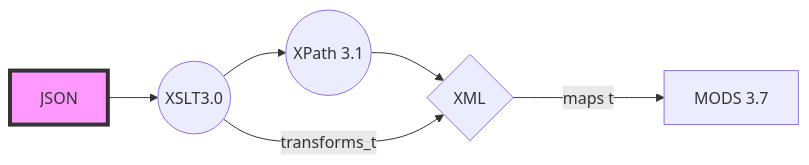
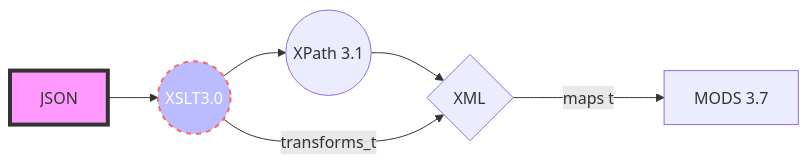
Before and after one commit to CarlosMartinez-USDA/json-to-xml: the second of 4 diagrams in ReadMe.md, drawn with Mermaid. The commit also changed other lines of this file, not shown here.

````diff
--- a/ReadMe.md
+++ b/ReadMe.md
@@ -22,8 +22,9 @@
 ```mermaid
 graph LR
 A[JSON] --> B((XSLT3.0))
 B-->B.1((XPath 3.1))-->C
 B --transforms_to--> C{XML}
 C --maps to--> D[MODS 3.7]
 style A fill:#f9f,stroke:#333,stroke-width:4px 
+style B fill:#bbf,stroke:#f66,stroke-width:2px,color:#fff,stroke-dasharray: 5 5
 ```
````
